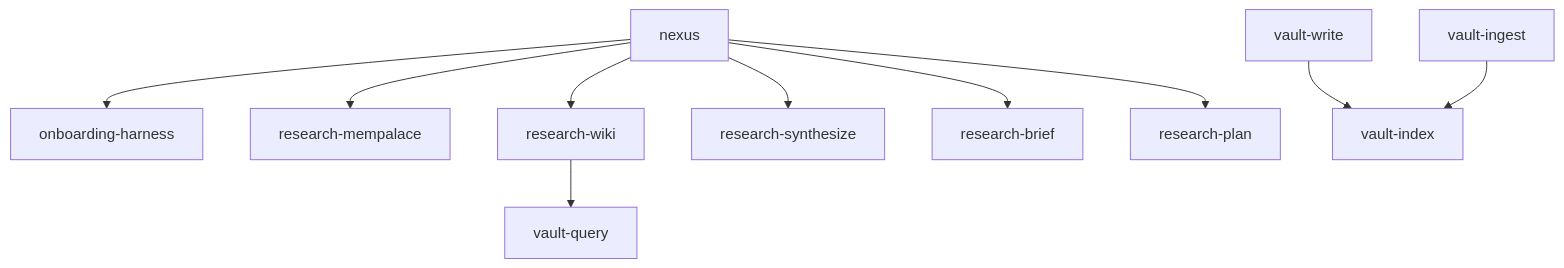
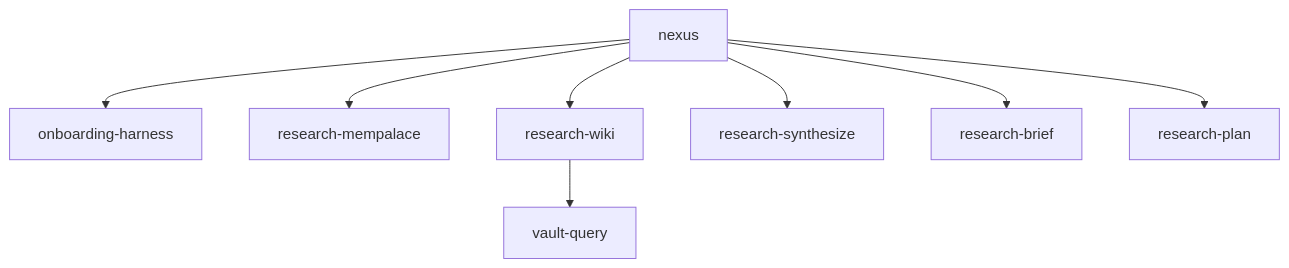
One commit to Quetan/nexus changed the diagram in README.md. Above: the diagram before and after it, drawn with Mermaid. The commit also changed other lines of this file and 25 other files, not shown here.

First line of the commit message:
feat(nexus): simplify capture and research contracts

````diff
--- a/README.md
+++ b/README.md
@@ -67,12 +25,10 @@
 ```mermaid
 graph TD
-  NEXUS[nexus] --> OH[onboarding-harness]
-  NEXUS --> RM[research-mempalace]
-  NEXUS --> RW[research-wiki]
-  NEXUS --> RS[research-synthesize]
-  NEXUS --> RB[research-brief]
-  NEXUS --> RP[research-plan]
-  RW --> VQ[vault-query]
-  VW[vault-write] --> VX[vault-index]
-  VI[vault-ingest] --> VX
+  N[nexus] --> O[onboarding-harness]
+  N --> M[research-mempalace]
+  N --> W[research-wiki]
+  W --> Q[vault-query]
+  N --> S[research-synthesize]
+  N --> B[research-brief]
+  N --> P[research-plan]
 ```
````
